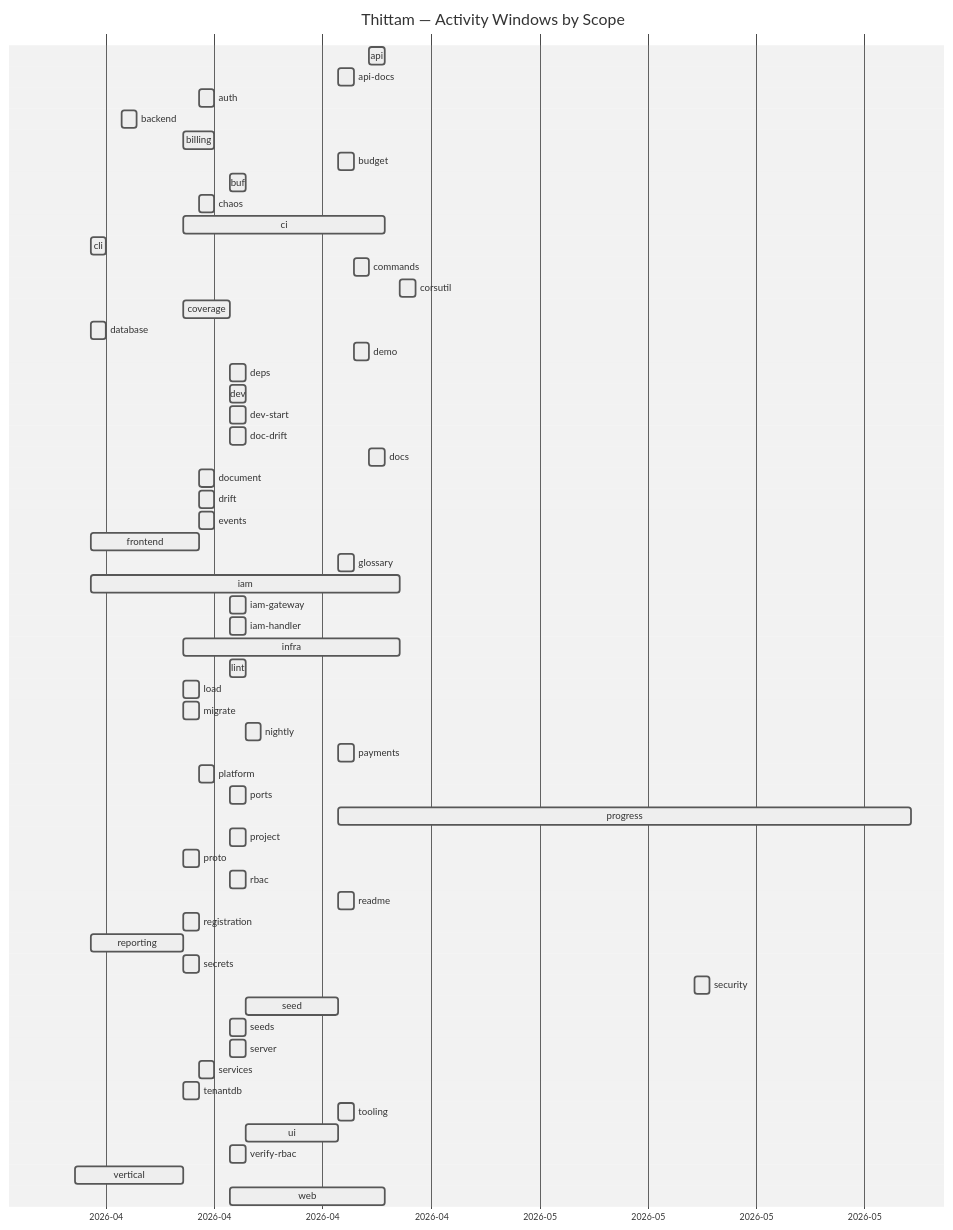
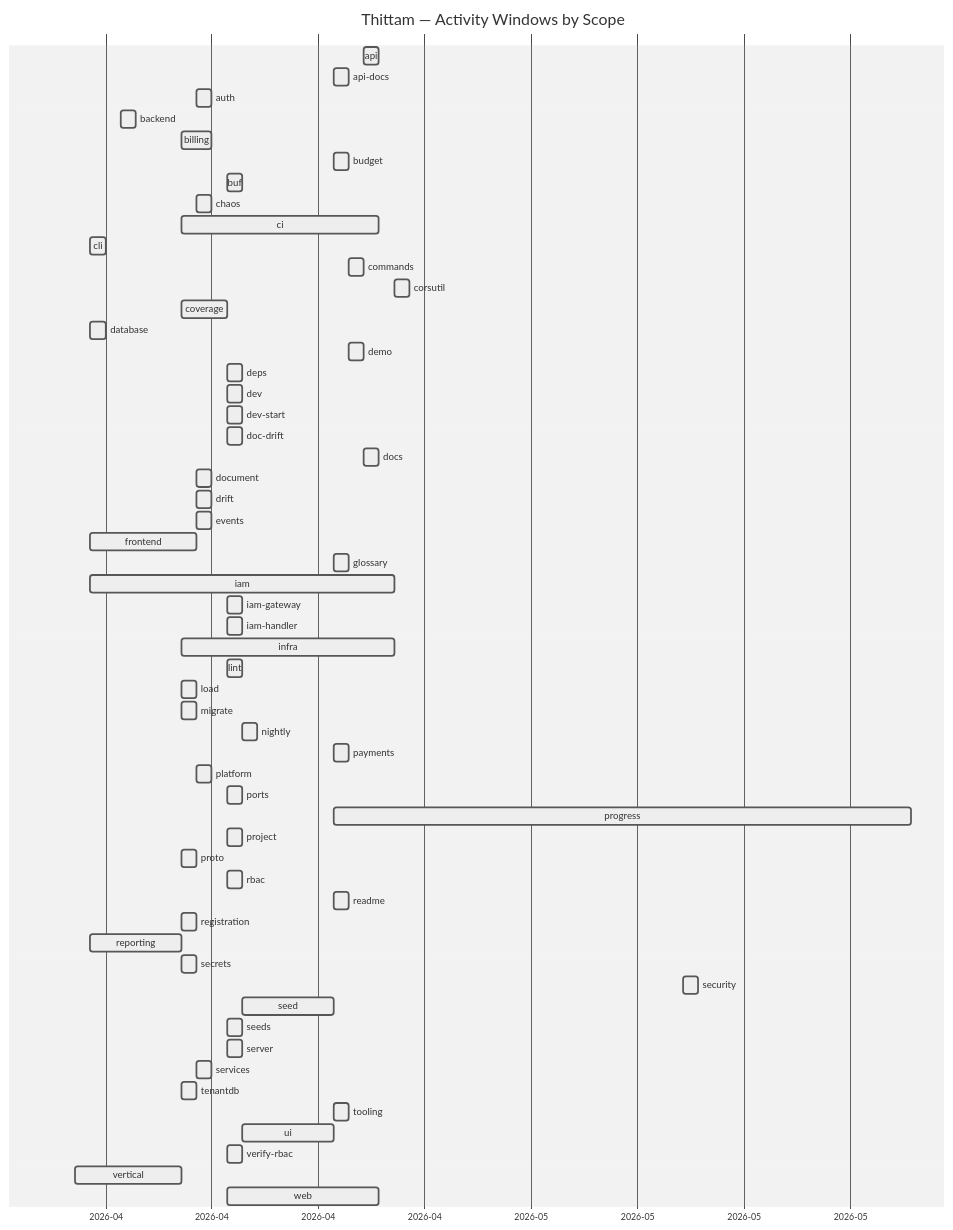
One commit to wegofwd2020-hub/thittam changed the diagram in docs/PROGRESS.md. Above: the diagram before and after it, drawn with Mermaid (neutral theme). The commit also changed other lines of this file and 1 other file, not shown here.

Commit message:
chore(progress): nightly update of docs/PROGRESS.md + CSVs

````diff
--- a/docs/PROGRESS.md
+++ b/docs/PROGRESS.md
@@ -9,61 +9,61 @@
 ```mermaid
 gantt
     title Thittam — Activity Windows by Scope
     dateFormat YYYY-MM-DD
     axisFormat %Y-%m
     api                :active, s_api, 2026-04-22, 2026-04-23
     api-docs           :active, s_api_docs, 2026-04-20, 2026-04-21
     auth               :active, s_auth, 2026-04-11, 2026-04-12
     backend            :active, s_backend, 2026-04-06, 2026-04-07
     billing            :active, s_billing, 2026-04-10, 2026-04-12
     budget             :active, s_budget, 2026-04-20, 2026-04-21
     buf                :active, s_buf, 2026-04-13, 2026-04-14
     chaos              :active, s_chaos, 2026-04-11, 2026-04-12
     ci                 :active, s_ci, 2026-04-10, 2026-04-23
     cli                :active, s_cli, 2026-04-04, 2026-04-05
     commands           :active, s_commands, 2026-04-21, 2026-04-22
     corsutil           :active, s_corsutil, 2026-04-24, 2026-04-25
     coverage           :active, s_coverage, 2026-04-10, 2026-04-13
     database           :active, s_database, 2026-04-04, 2026-04-05
     demo               :active, s_demo, 2026-04-21, 2026-04-22
     deps               :active, s_deps, 2026-04-13, 2026-04-14
     dev                :active, s_dev, 2026-04-13, 2026-04-14
     dev-start          :active, s_dev_start, 2026-04-13, 2026-04-14
     doc-drift          :active, s_doc_drift, 2026-04-13, 2026-04-14
     docs               :active, s_docs, 2026-04-22, 2026-04-23
     document           :active, s_document, 2026-04-11, 2026-04-12
     drift              :active, s_drift, 2026-04-11, 2026-04-12
     events             :active, s_events, 2026-04-11, 2026-04-12
     frontend           :active, s_frontend, 2026-04-04, 2026-04-11
     glossary           :active, s_glossary, 2026-04-20, 2026-04-21
     iam                :active, s_iam, 2026-04-04, 2026-04-24
     iam-gateway        :active, s_iam_gateway, 2026-04-13, 2026-04-14
     iam-handler        :active, s_iam_handler, 2026-04-13, 2026-04-14
     infra              :active, s_infra, 2026-04-10, 2026-04-24
     lint               :active, s_lint, 2026-04-13, 2026-04-14
     load               :active, s_load, 2026-04-10, 2026-04-11
     migrate            :active, s_migrate, 2026-04-10, 2026-04-11
     nightly            :active, s_nightly, 2026-04-14, 2026-04-15
     payments           :active, s_payments, 2026-04-20, 2026-04-21
     platform           :active, s_platform, 2026-04-11, 2026-04-12
     ports              :active, s_ports, 2026-04-13, 2026-04-14
-    progress           :active, s_progress, 2026-04-20, 2026-05-27
+    progress           :active, s_progress, 2026-04-20, 2026-05-28
     project            :active, s_project, 2026-04-13, 2026-04-14
     proto              :active, s_proto, 2026-04-10, 2026-04-11
     rbac               :active, s_rbac, 2026-04-13, 2026-04-14
     readme             :active, s_readme, 2026-04-20, 2026-04-21
     registration       :active, s_registration, 2026-04-10, 2026-04-11
     reporting          :active, s_reporting, 2026-04-04, 2026-04-10
     secrets            :active, s_secrets, 2026-04-10, 2026-04-11
     security           :active, s_security, 2026-05-13, 2026-05-14
     seed               :active, s_seed, 2026-04-14, 2026-04-20
     seeds              :active, s_seeds, 2026-04-13, 2026-04-14
     server             :active, s_server, 2026-04-13, 2026-04-14
     services           :active, s_services, 2026-04-11, 2026-04-12
     tenantdb           :active, s_tenantdb, 2026-04-10, 2026-04-11
     tooling            :active, s_tooling, 2026-04-20, 2026-04-21
     ui                 :active, s_ui, 2026-04-14, 2026-04-20
     verify-rbac        :active, s_verify_rbac, 2026-04-13, 2026-04-14
     vertical           :active, s_vertical, 2026-04-03, 2026-04-10
     web                :active, s_web, 2026-04-13, 2026-04-23
 ```
````
